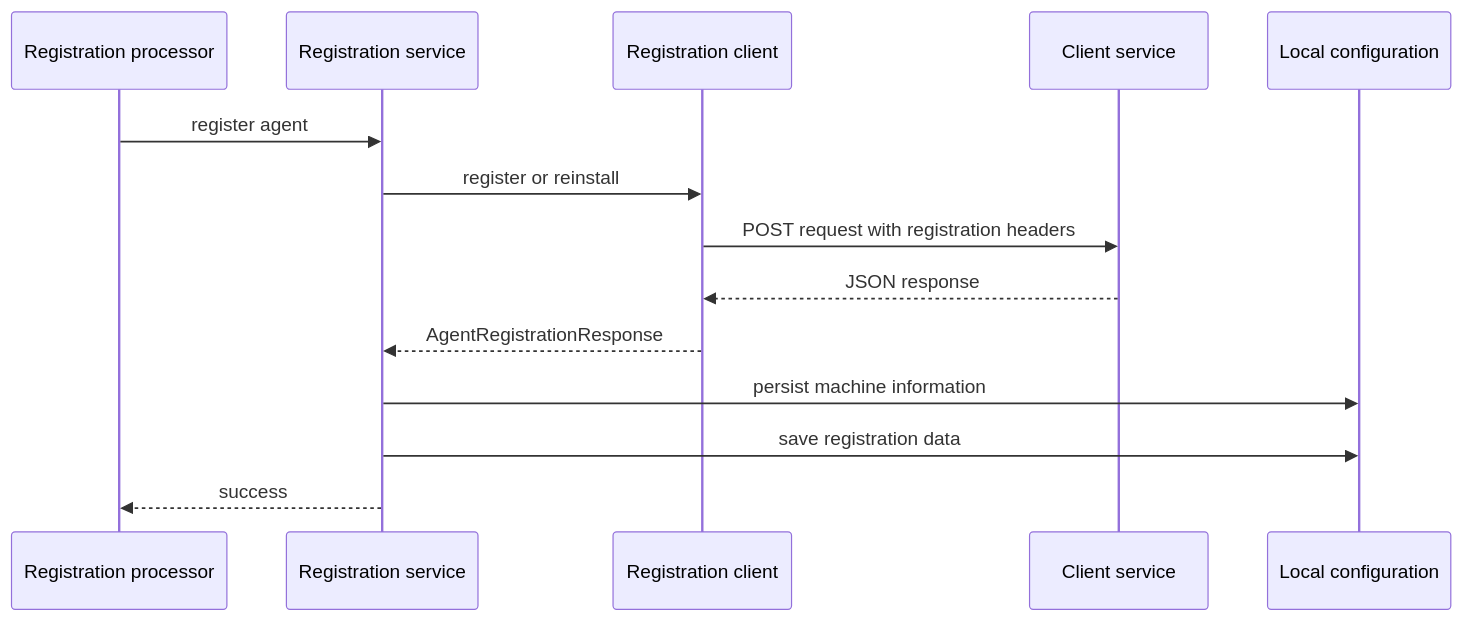
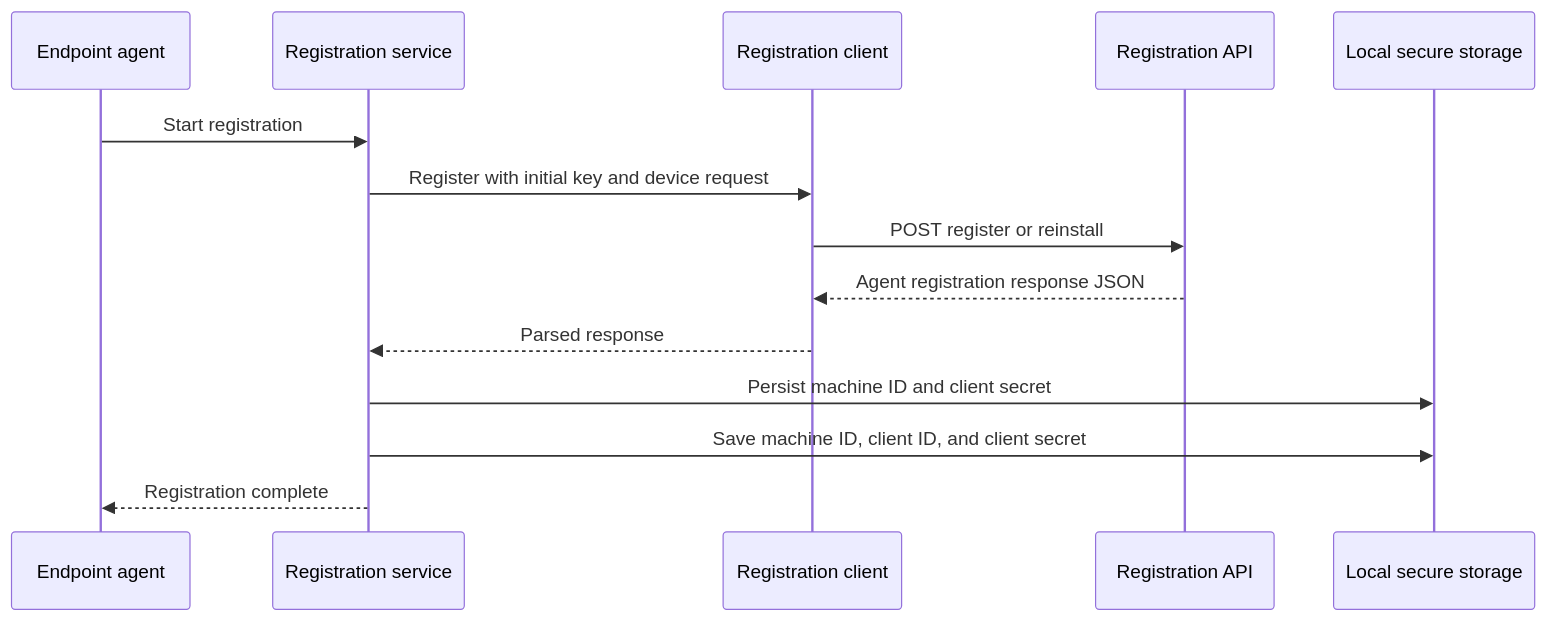
One commit to flamingo-stack/openframe-oss-tenant changed the second of 3 diagrams in docs/reference/architecture/openframe-client-core/model-agent-registration-response/model-agent-registration-response.md. Above: the diagram before and after it, drawn with Mermaid. The commit also changed other lines of this file and 2377 other files, not shown here.

````diff
--- a/docs/reference/architecture/openframe-client-core/model-agent-registration-response/model-agent-registration-response.md
+++ b/docs/reference/architecture/openframe-client-core/model-agent-registration-response/model-agent-registration-response.md
@@ -67,16 +54,16 @@
 ```mermaid
 sequenceDiagram
-    participant Processor as Registration processor
+    participant Agent as Endpoint agent
     participant Service as Registration service
     participant Client as Registration client
-    participant Server as Client service
-    participant Store as Local configuration
-    Processor->>Service: register agent
-    Service->>Client: register or reinstall
-    Client->>Server: POST request with registration headers
-    Server-->>Client: JSON response
-    Client-->>Service: AgentRegistrationResponse
-    Service->>Store: persist machine information
-    Service->>Store: save registration data
-    Service-->>Processor: success
+    participant Api as Registration API
+    participant Storage as Local secure storage
+    Agent->>Service: Start registration
+    Service->>Client: Register with initial key and device request
+    Client->>Api: POST register or reinstall
+    Api-->>Client: Agent registration response JSON
+    Client-->>Service: Parsed response
+    Service->>Storage: Persist machine ID and client secret
+    Service->>Storage: Save machine ID, client ID, and client secret
+    Service-->>Agent: Registration complete
 ```
````
